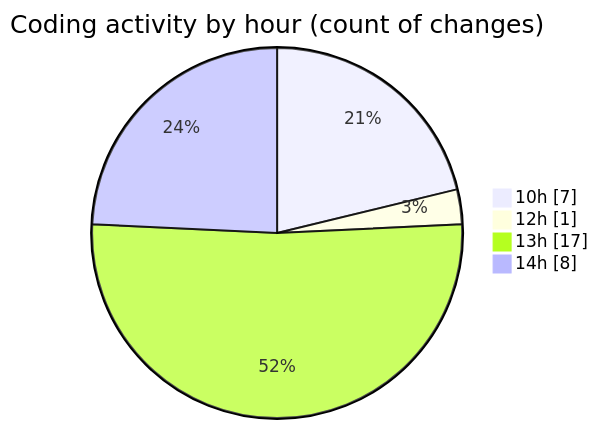
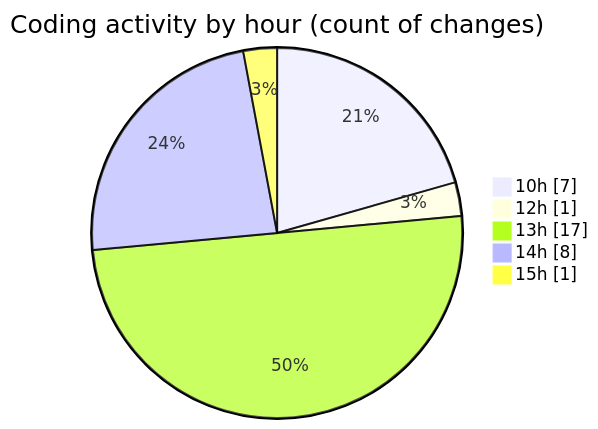
One commit to LanceThiago/code-tracking changed the second of 2 diagrams in 2025-01-14/oficina/README.md. Above: the diagram before and after it, drawn with Mermaid. The commit also changed other lines of this file and 1 other file, not shown here.

````diff
--- a/2025-01-14/oficina/README.md
+++ b/2025-01-14/oficina/README.md
@@ -31,8 +31,9 @@
 ```mermaid
 pie showData
 title Coding activity by hour (count of changes)
 "10h" : 7
 "12h" : 1
 "13h" : 17
 "14h" : 8
+"15h" : 1
 ```
````
